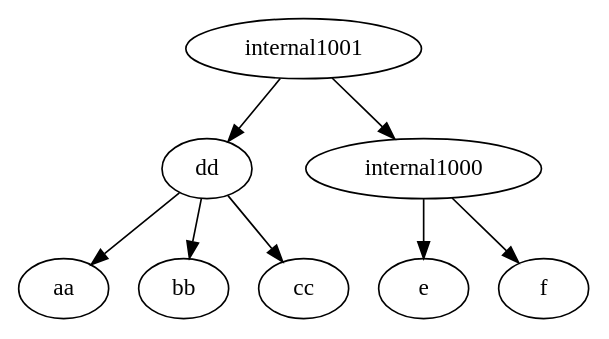
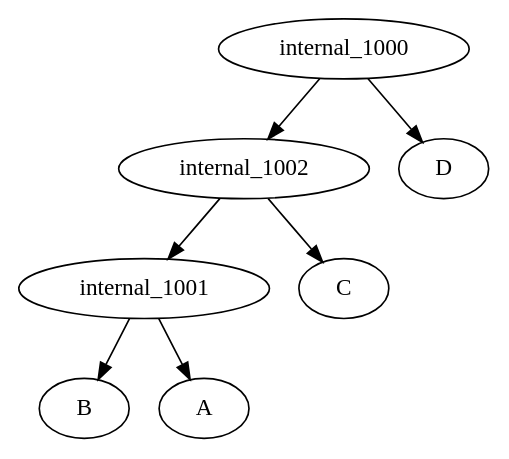
The diagram in ParsingTxt/Launcher/upload.dot (iharnoor/PhylogeneticsWebsite), drawn with Graphviz before and after one commit. The commit also changed 2 other files, not shown here.

Commit message:
root is internal_1000

```diff
--- a/ParsingTxt/Launcher/upload.dot
+++ b/ParsingTxt/Launcher/upload.dot
@@ -1,8 +1,8 @@
 strict digraph G1 {
-dd -> aa,bb
-dd -> cc
-internal1000 -> e
-internal1000 -> f
-internal1001 -> dd
-internal1001 -> internal1000
+internal_1001 -> B
+internal_1001 -> A
+internal_1002 -> C
+internal_1002 -> internal_1001
+internal_1000 -> D
+internal_1000 -> internal_1002
 }
```
